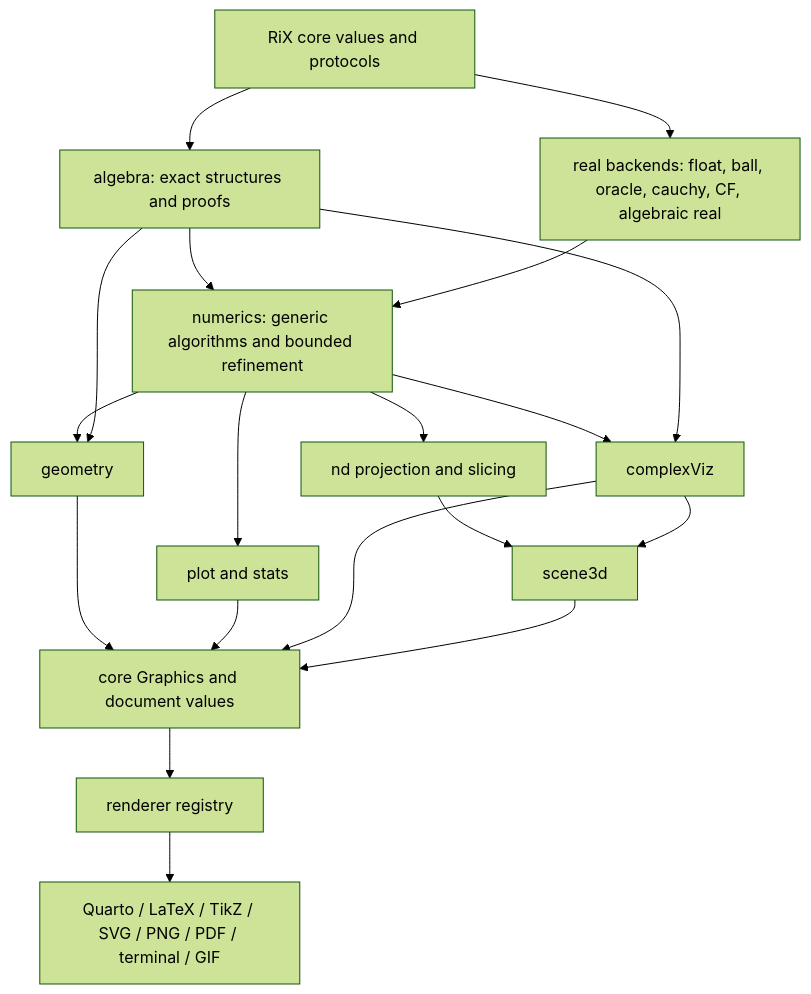
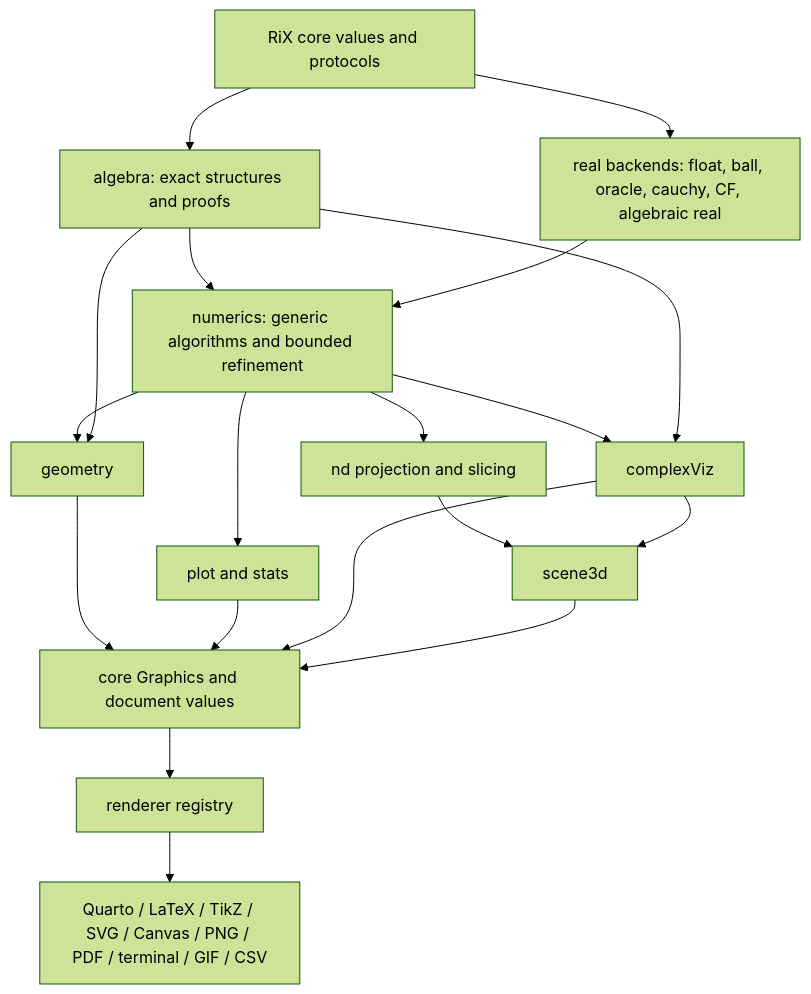
The diagram in plugins/design-spec.md (jostylr/rix), drawn with Mermaid (forest theme) before and after one commit. The commit also changed other lines of this file and 4 other files, not shown here.

````diff
--- a/plugins/design-spec.md
+++ b/plugins/design-spec.md
@@ -57,33 +57,33 @@
 ```mermaid
 flowchart TD
     C["RiX core values and protocols"]
     A["algebra: exact structures and proofs"]
     R["real backends: float, ball, oracle, cauchy, CF, algebraic real"]
     N["numerics: generic algorithms and bounded refinement"]
     G["geometry"]
     P["plot and stats"]
     ND["nd projection and slicing"]
     CV["complexViz"]
     S3["scene3d"]
     G2["core Graphics and document values"]
     X["renderer registry"]
-    O["Quarto / LaTeX / TikZ / SVG / PNG / PDF / terminal / GIF"]
+    O["Quarto / LaTeX / TikZ / SVG / Canvas / PNG / PDF / terminal / GIF / CSV"]
 
     C --> A
     C --> R
     A --> N
     R --> N
     N --> G
     N --> P
     N --> ND
     N --> CV
     A --> G
     A --> CV
     ND --> S3
     G --> G2
     P --> G2
     CV --> G2
     CV --> S3
     S3 --> G2
     G2 --> X --> O
 ```
````
